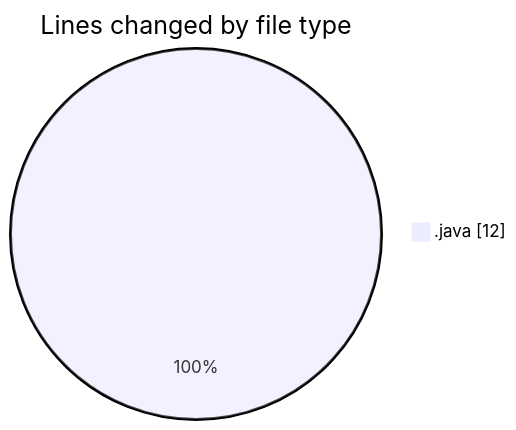
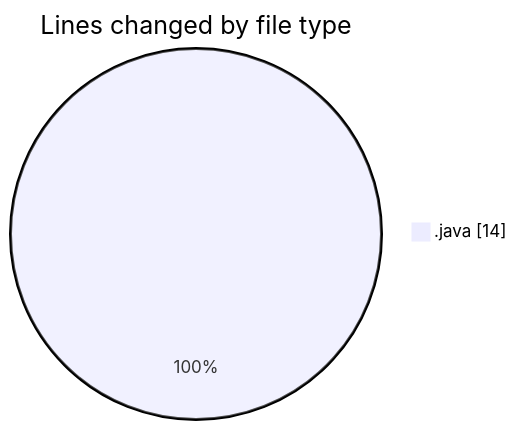
The first of 2 diagrams in 2026-03-11/java_basics/README.md (hasnaa123/code-tracking), drawn with Mermaid before and after one commit. The commit also changed other lines of this file and 1 other file, not shown here.

````diff
--- a/2026-03-11/java_basics/README.md
+++ b/2026-03-11/java_basics/README.md
@@ -20,5 +21,5 @@
 ```mermaid
 pie showData
 title Lines changed by file type
-".java" : 12
+".java" : 14
 ```
````
